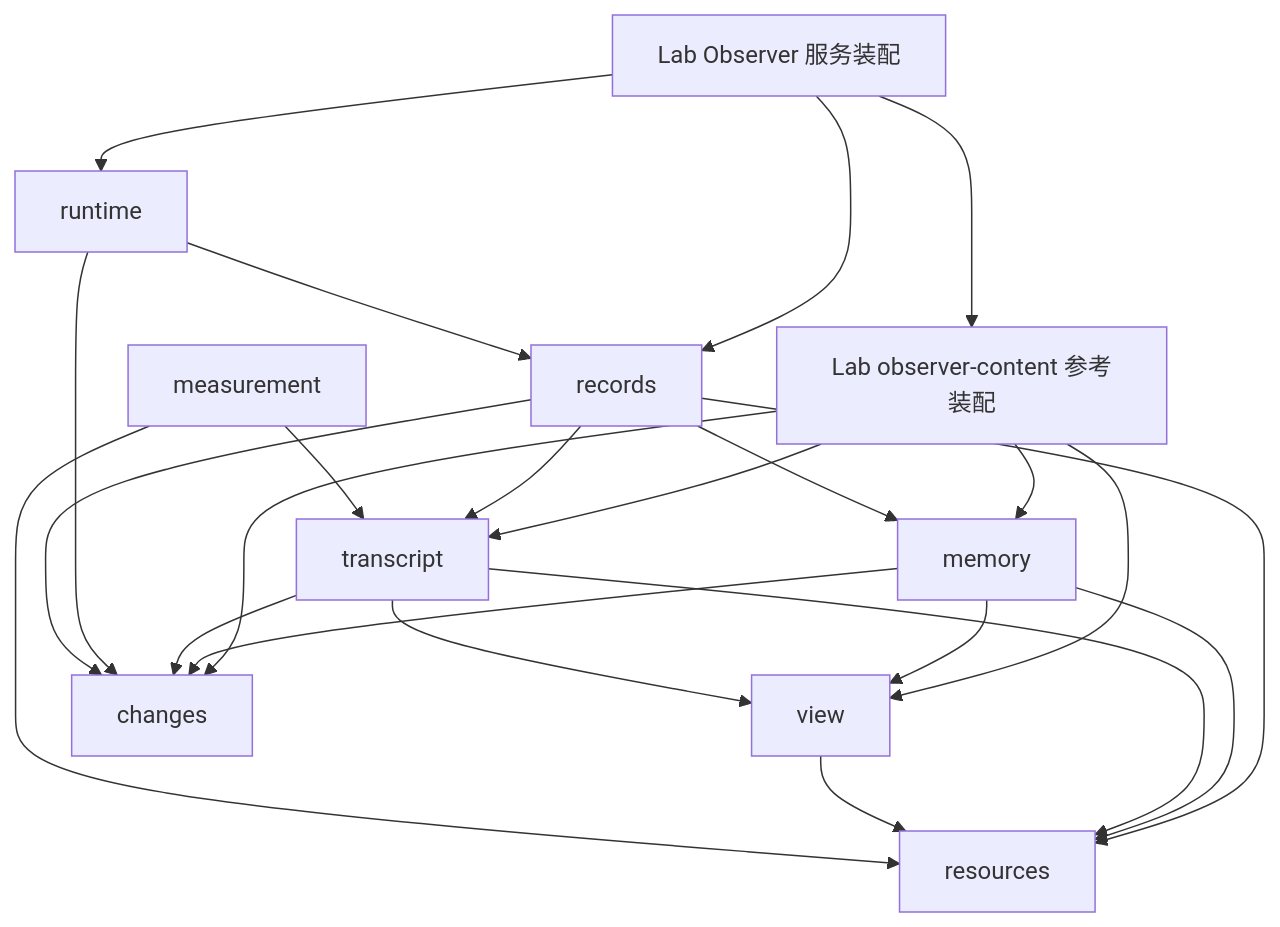
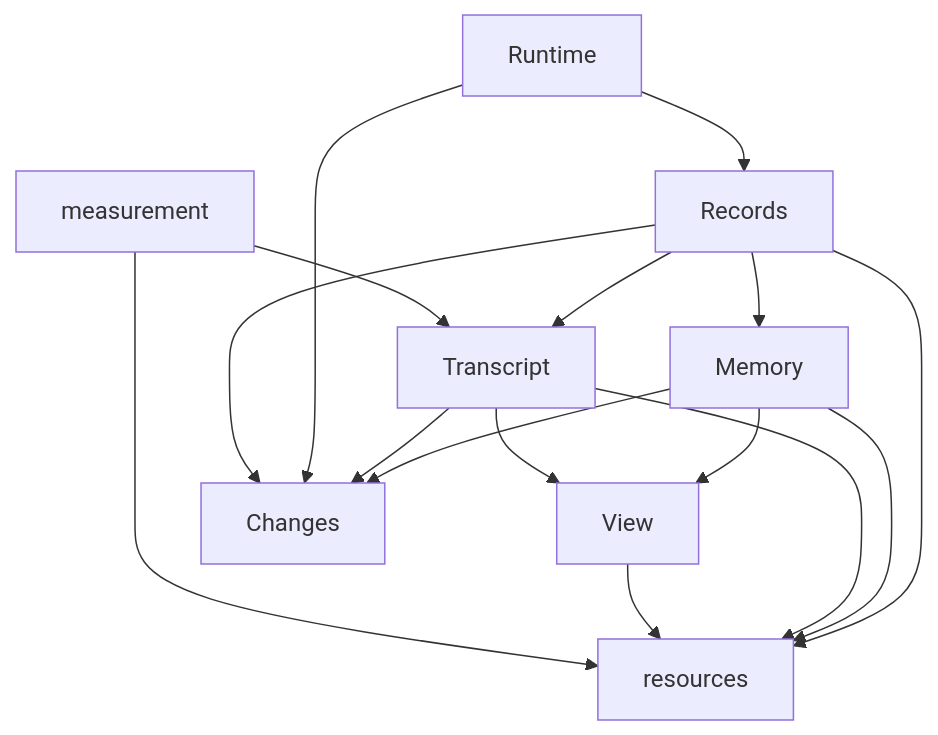
One commit to weiliang0121/capix changed the diagram in docs/content-entities-packages.md. Above: the diagram before and after it, drawn with Mermaid. The commit also changed other lines of this file and 68 other files, not shown here.

````diff
--- a/docs/content-entities-packages.md
+++ b/docs/content-entities-packages.md
@@ -29,25 +27,18 @@
 ```mermaid
 flowchart TD
-  Service[Lab Observer 服务装配] --> Content[Lab observer-content 参考装配]
-  Service --> Runtime[runtime]
-  Service --> Records[records]
-  Content --> View[view]
-  Content --> Memory[memory]
-  Content --> Transcript[transcript]
-  Content --> Changes[changes]
   Memory --> View
   Transcript --> View
   Memory --> Changes
   Transcript --> Changes
   Runtime --> Changes
   Runtime --> Records
   Records --> Changes
   Records --> Memory
   Records --> Transcript
   Records --> Resources[resources]
   Memory --> Resources
   Transcript --> Resources
   View --> Resources
   Selection[measurement] --> Transcript
   Selection --> Resources
 ```
````
